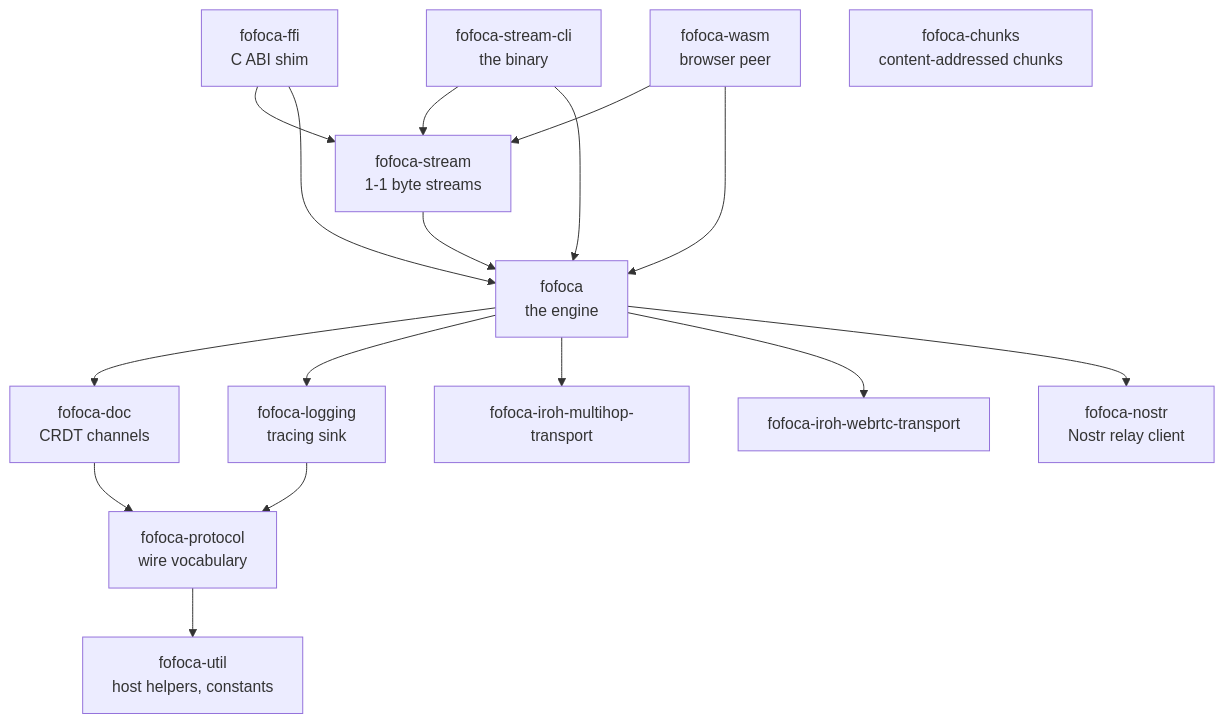
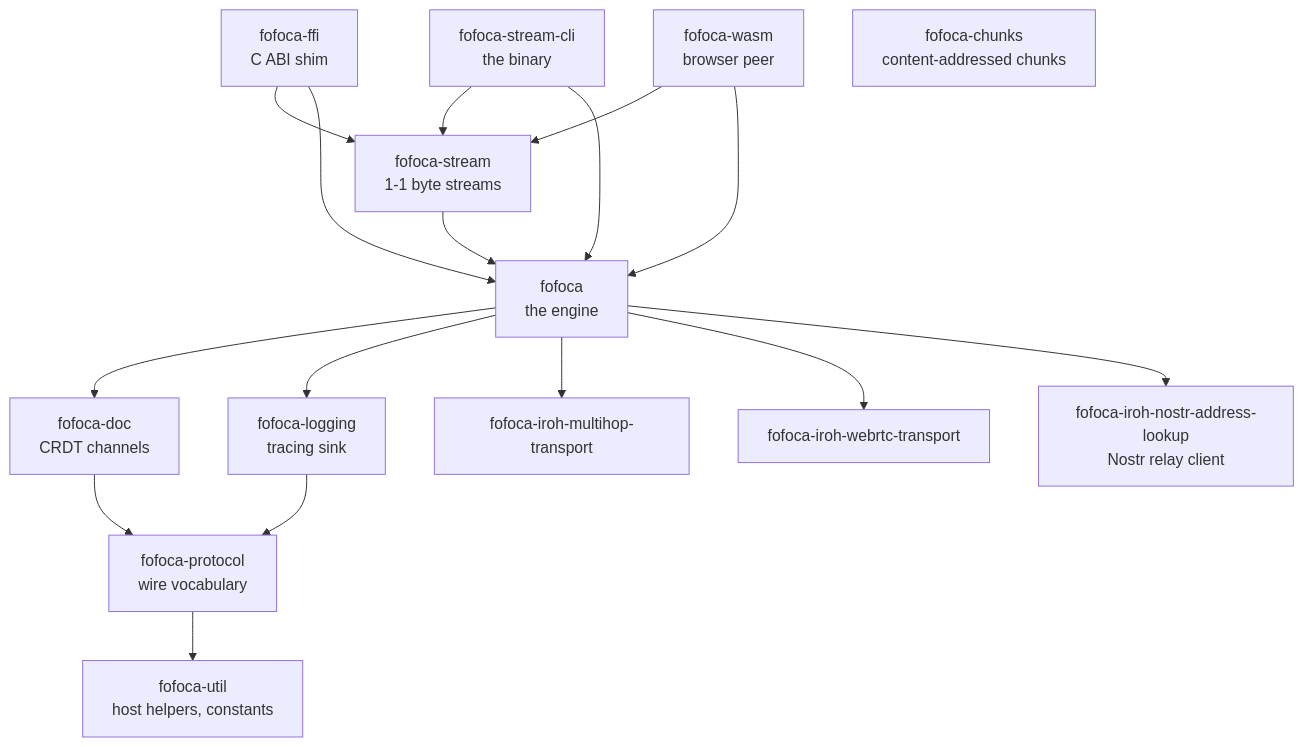
Before and after one commit to fofoca-network/fofoca: the second of 10 diagrams in docs/architecture.md, drawn with Mermaid. The commit also changed other lines of this file and 23 other files, not shown here.

First line of the commit message:
refactor: rename fofoca-nostr to fofoca-iroh-nostr-address-lookup

````diff
--- a/docs/architecture.md
+++ b/docs/architecture.md
@@ -89,19 +89,19 @@
 ```mermaid
 graph TD
     ffi["fofoca-ffi<br>C ABI shim"] --> stream["fofoca-stream<br>1-1 byte streams"]
     wasm["fofoca-wasm<br>browser peer"] --> stream
     cli["fofoca-stream-cli<br>the binary"] --> stream
     cli --> engine
     ffi --> engine
     wasm --> engine
     stream --> engine
     engine["fofoca<br>the engine"] --> doc["fofoca-doc<br>CRDT channels"]
     engine --> logging["fofoca-logging<br>tracing sink"]
     engine --> mh["fofoca-iroh-multihop-transport"]
     engine --> webrtc["fofoca-iroh-webrtc-transport"]
-    engine --> nostr["fofoca-nostr<br>Nostr relay client"]
+    engine --> nostr["fofoca-iroh-nostr-address-lookup<br>Nostr relay client"]
     doc --> proto["fofoca-protocol<br>wire vocabulary"]
     logging --> proto
     proto --> util["fofoca-util<br>host helpers, constants"]
     chunks["fofoca-chunks<br>content-addressed chunks"]
 ```
````
